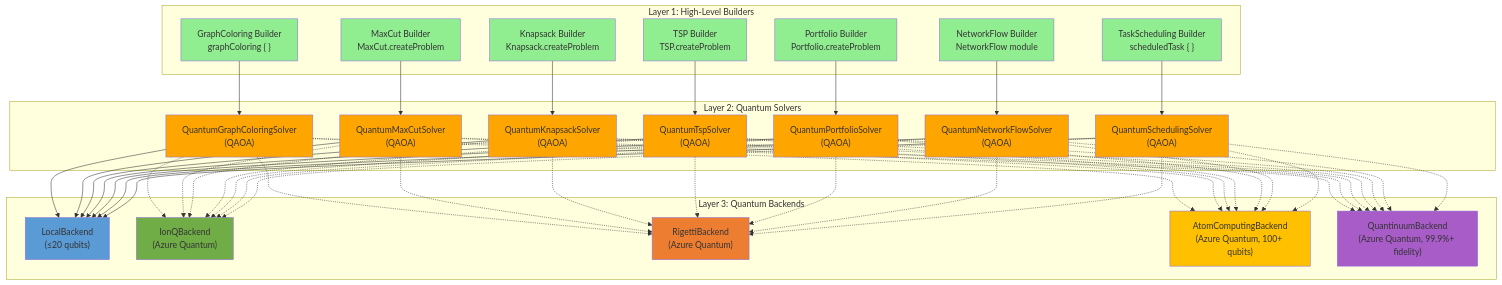
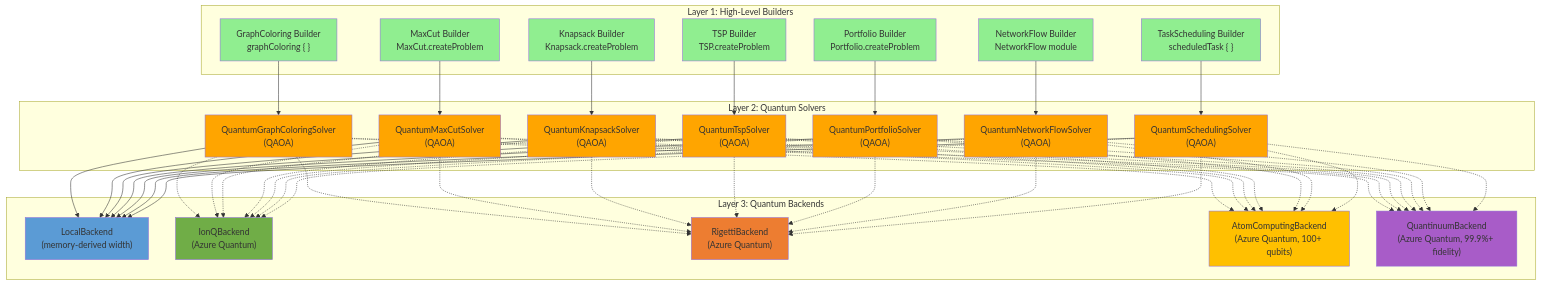
The second of 2 diagrams in README.md (Thorium/FSharp.Azure.Quantum), drawn with Mermaid before and after one commit. The commit also changed other lines of this file and 60 other files, not shown here.

```diff
--- a/README.md
+++ b/README.md
@@ -1330,7 +1330,7 @@
     end
     
     subgraph "Layer 3: Quantum Backends"
-        LOCAL["LocalBackend<br/>(≤20 qubits)"]
+        LOCAL["LocalBackend<br/>(memory-derived width)"]
         IONQ["IonQBackend<br/>(Azure Quantum)"]
         RIGETTI["RigettiBackend<br/>(Azure Quantum)"]
         ATOM["AtomComputingBackend<br/>(Azure Quantum, 100+ qubits)"]
```
